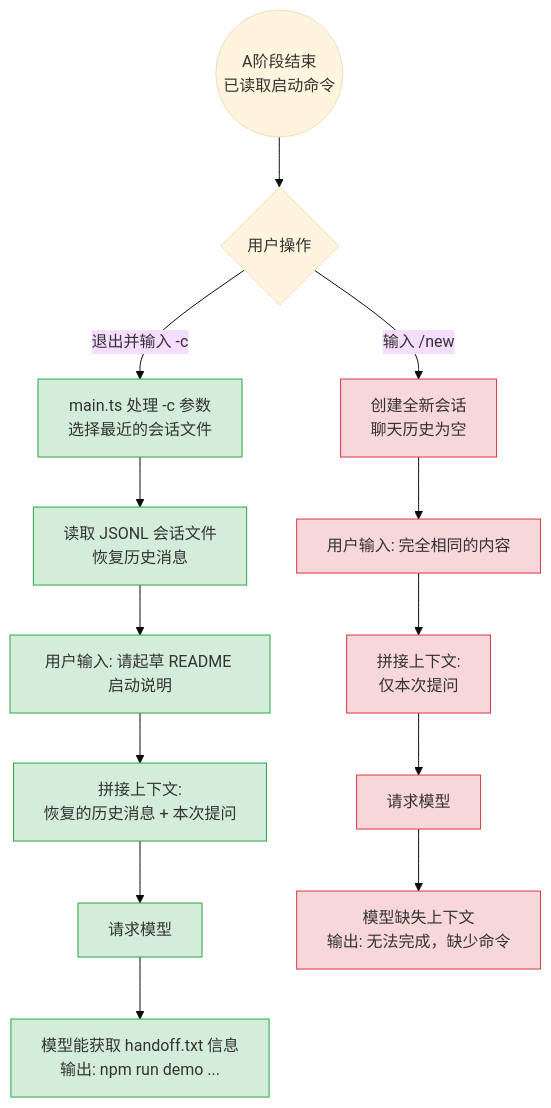
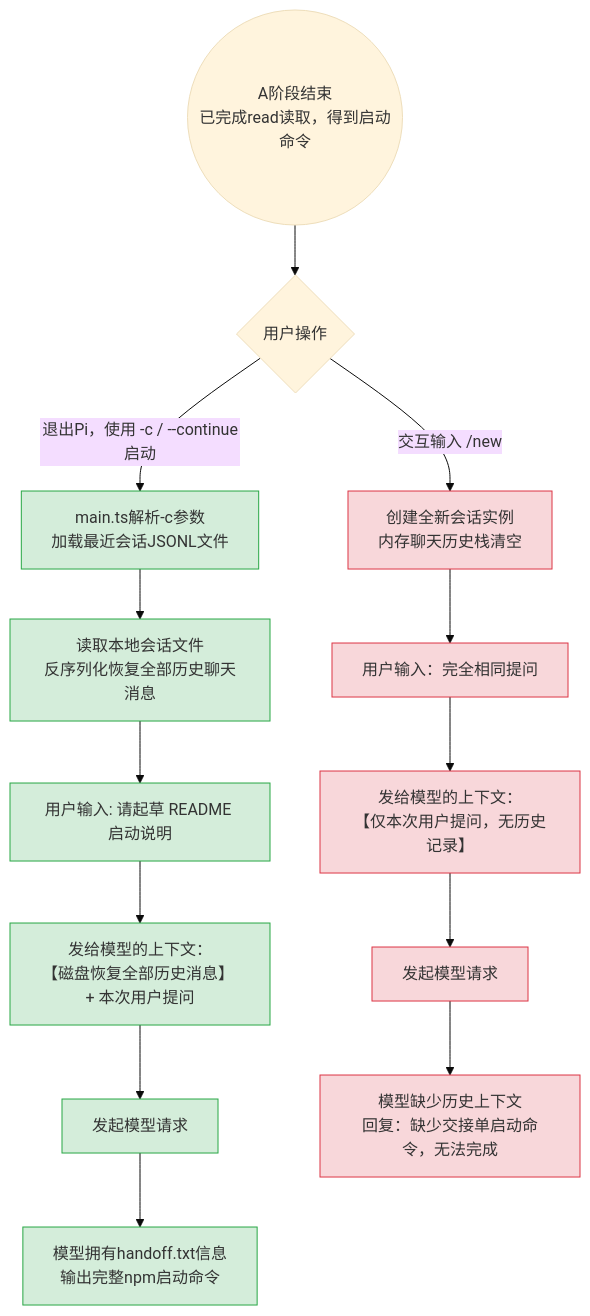
Before and after one commit to 7uuu-uuu/pi-agent-assignment: the second of 2 diagrams in prictice-05/README.md, drawn with Mermaid (base theme). The commit also changed other lines of this file, not shown here.

````diff
--- a/prictice-05/README.md
+++ b/prictice-05/README.md
@@ -107,24 +109,24 @@
 ```mermaid
 graph TD
-    Start((A阶段结束<br/>已读取启动命令)) --> Choice{用户操作}
-
+    Start((A阶段结束<br />已完成read读取，得到启动命令)) --> Choice{用户操作}
+    
     %% 左分支：恢复会话
-    Choice -->|退出并输入 -c| Resume[main.ts 处理 -c 参数<br/>选择最近的会话文件]
-    Resume --> LoadFile[读取 JSONL 会话文件<br/>恢复历史消息]
+    Choice -->|退出Pi，使用 -c / --continue启动| Resume[main.ts解析-c参数<br />加载最近会话JSONL文件]
+    Resume --> LoadFile[读取本地会话文件<br />反序列化恢复全部历史聊天消息]
     LoadFile --> UserInput1[用户输入: 请起草 README 启动说明]
-    UserInput1 --> Context1[拼接上下文: <br/>恢复的历史消息 + 本次提问]
-    Context1 --> Request1[请求模型]
-    Request1 --> Result1[模型能获取 handoff.txt 信息<br/>输出: npm run demo ...]
-
+    UserInput1 --> Context1[发给模型的上下文：<br/>【磁盘恢复全部历史消息】 + 本次用户提问]
+    Context1 --> Request1[发起模型请求]
+    Request1 --> Result1[模型拥有handoff.txt信息<br />输出完整npm启动命令]
+    
     %% 右分支：新建会话
-    Choice -->|输入 /new| NewSession[创建全新会话<br/>聊天历史为空]
-    NewSession --> UserInput2[用户输入: 完全相同的内容]
-    UserInput2 --> Context2[拼接上下文: <br/>仅本次提问]
-    Context2 --> Request2[请求模型]
-    Request2 --> Result2[模型缺失上下文<br/>输出: 无法完成，缺少命令]
-
+    Choice -->|交互输入 /new| NewSession[创建全新会话实例<br />内存聊天历史栈清空]
+    NewSession --> UserInput2[用户输入：完全相同提问]
+    UserInput2 --> Context2[发给模型的上下文：<br/>【仅本次用户提问，无历史记录】]
+    Context2 --> Request2[发起模型请求]
+    Request2 --> Result2[模型缺少历史上下文<br />回复：缺少交接单启动命令，无法完成]
+    
     classDef leftBranch fill:#d4edda,stroke:#28a745;
     classDef rightBranch fill:#f8d7da,stroke:#dc3545;
     class Resume,LoadFile,UserInput1,Context1,Request1,Result1 leftBranch;
     class NewSession,UserInput2,Context2,Request2,Result2 rightBranch;
 ```
````
